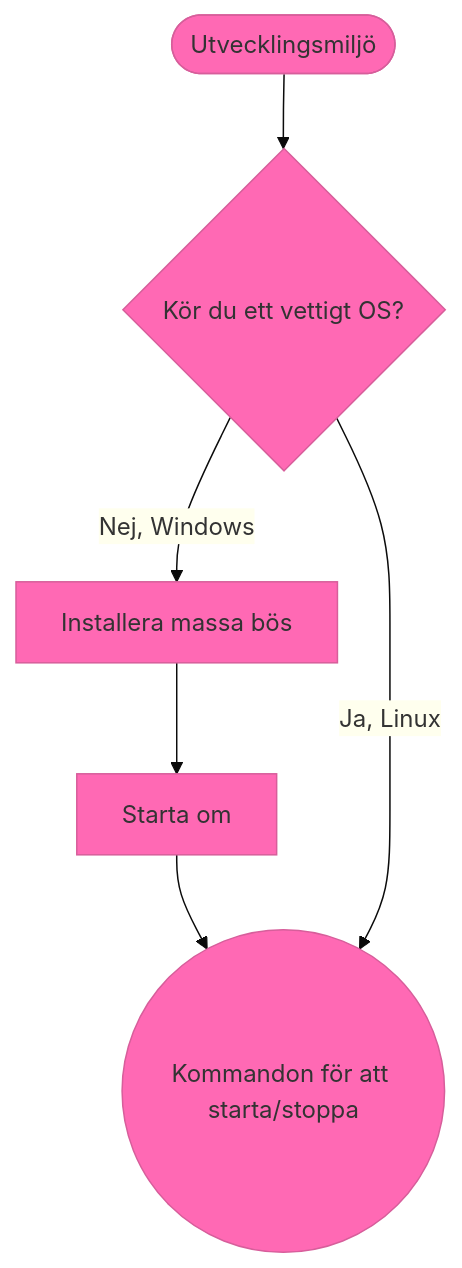
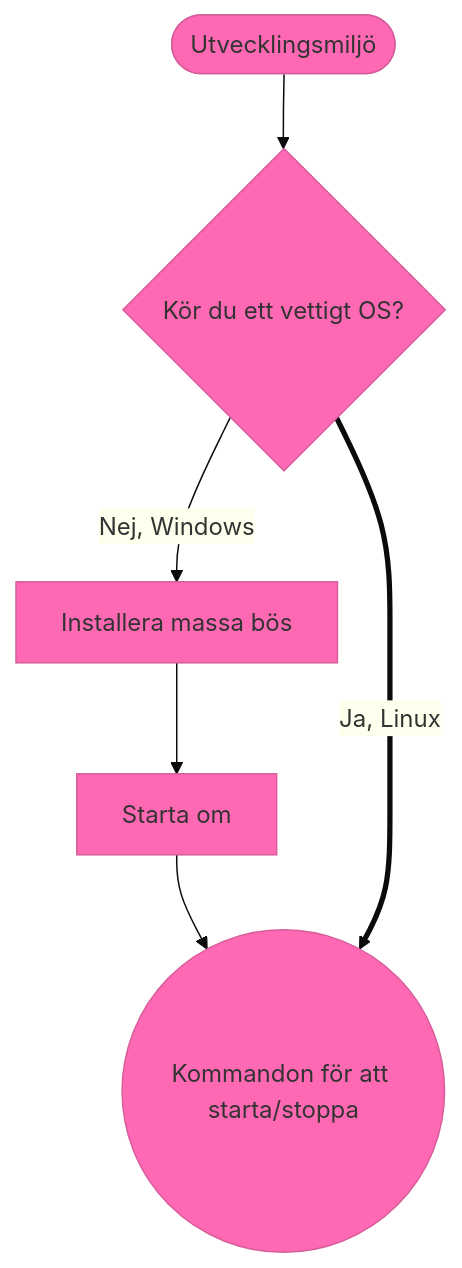
The diagram in README.md (seetee/webweu01), drawn with Mermaid before and after one commit.

````diff
--- a/README.md
+++ b/README.md
@@ -21,9 +21,9 @@
 ```mermaid
 %%{init: {'theme': 'base', 'themeVariables': { 'primaryColor': 'hotpink', 'edgeLabelBackground':'#ffffee', 'tertiaryColor': '#fff0f0'}}}%%
 flowchart TD
     A([Utvecklingsmiljö]) --> B
     B{Kör du ett vettigt OS?} -->|Nej, Windows| C
     C[Installera massa bös] --> D
     D[Starta om] --> E
-    B ---->|Ja, Linux| E((Kommandon för att starta/stoppa))
+    B ====>|Ja, Linux| E((Kommandon för att starta/stoppa))
 ```
````
